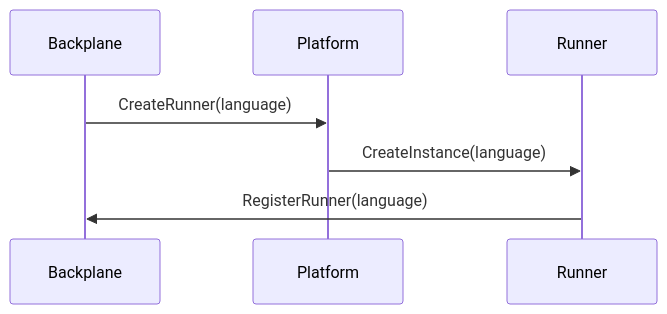
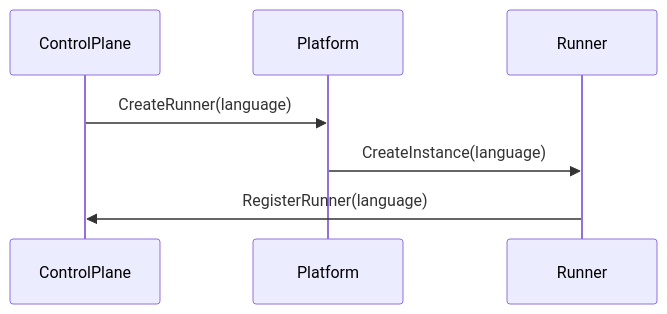
One commit to TBD54566975/ftl changed the first of 3 diagrams in ARCHITECTURE.md. Above: the diagram before and after it, drawn with Mermaid. The commit also changed other lines of this file and 46 other files, not shown here.

First line of the commit message:
feat: ControlPlane and Runner are communicating

````diff
--- a/ARCHITECTURE.md
+++ b/ARCHITECTURE.md
@@ -14,10 +14,10 @@
 ```mermaid
 sequenceDiagram
-  participant B as Backplane
+  participant B as ControlPlane
   participant P as Platform
   participant R as Runner
 
   B ->> P: CreateRunner(language)
   P ->> R: CreateInstance(language)
   R ->> B: RegisterRunner(language)
 ```
````
